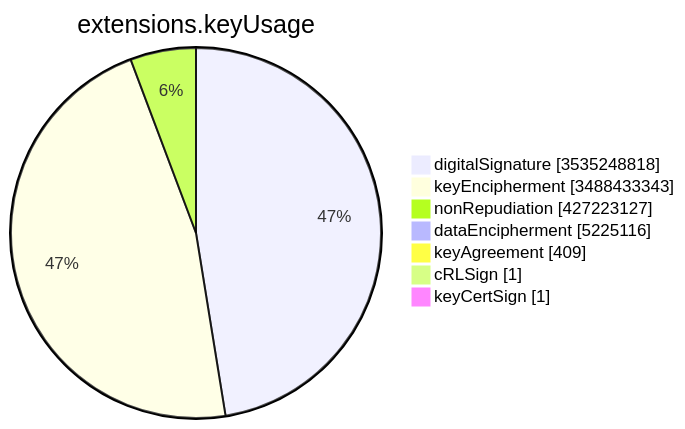
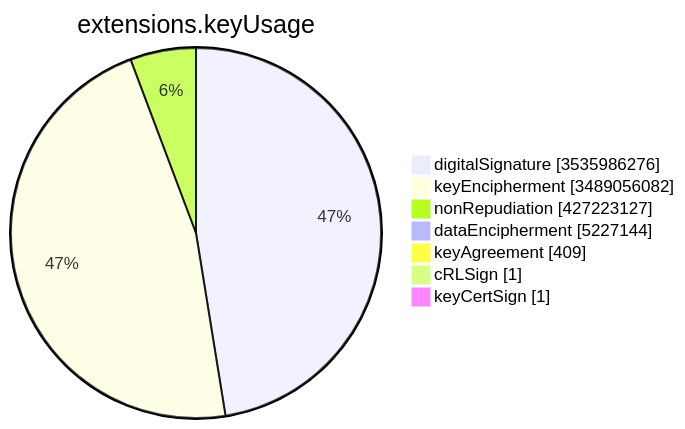
Before and after one commit to christiankrug/ctmonitor_visualization: the sixth of 15 diagrams in TOTAL/README.md, drawn with Mermaid. The commit also changed other lines of this file, not shown here.

````diff
--- a/TOTAL/README.md
+++ b/TOTAL/README.md
@@ -3083,11 +3083,11 @@
 ```mermaid
 pie showData
 title extensions.keyUsage
-"digitalSignature" :3535248818
-"keyEncipherment" :3488433343
+"digitalSignature" :3535986276
+"keyEncipherment" :3489056082
 "nonRepudiation" :427223127
-"dataEncipherment" :5225116
+"dataEncipherment" :5227144
 "keyAgreement" :409
 "cRLSign" :1
 "keyCertSign" :1
 ```
````
